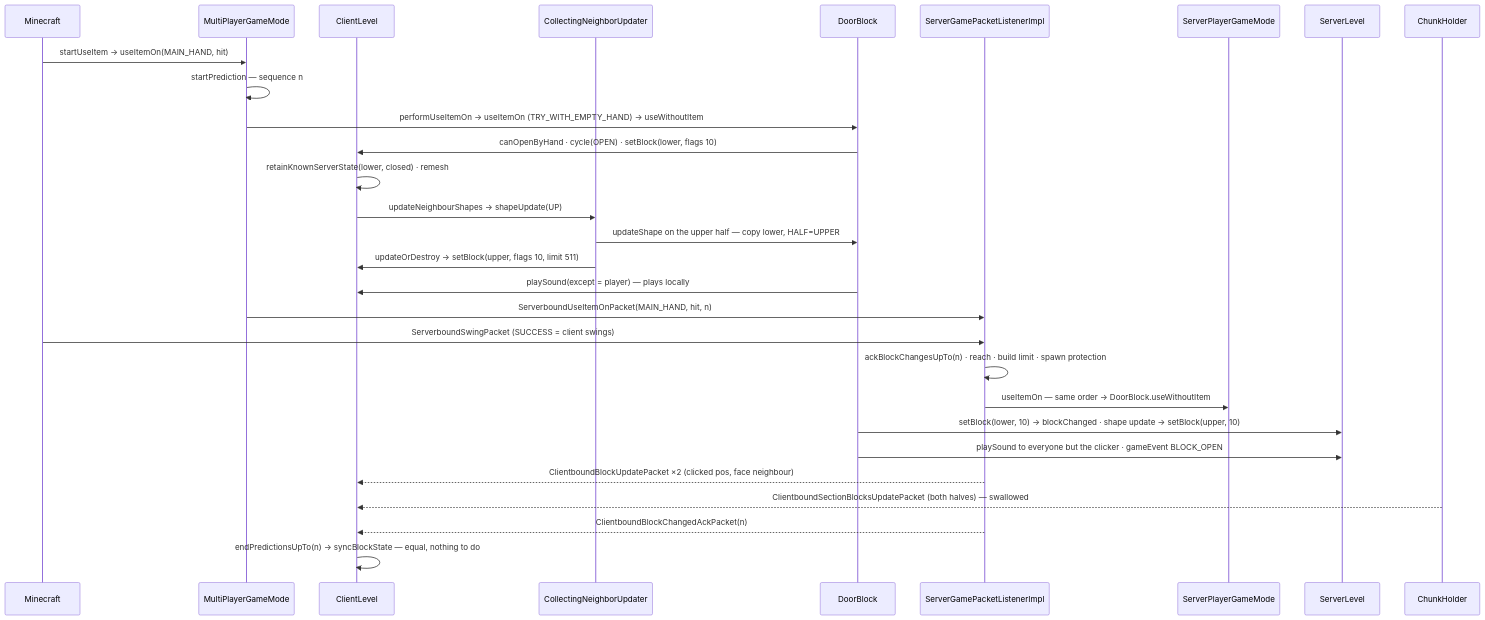
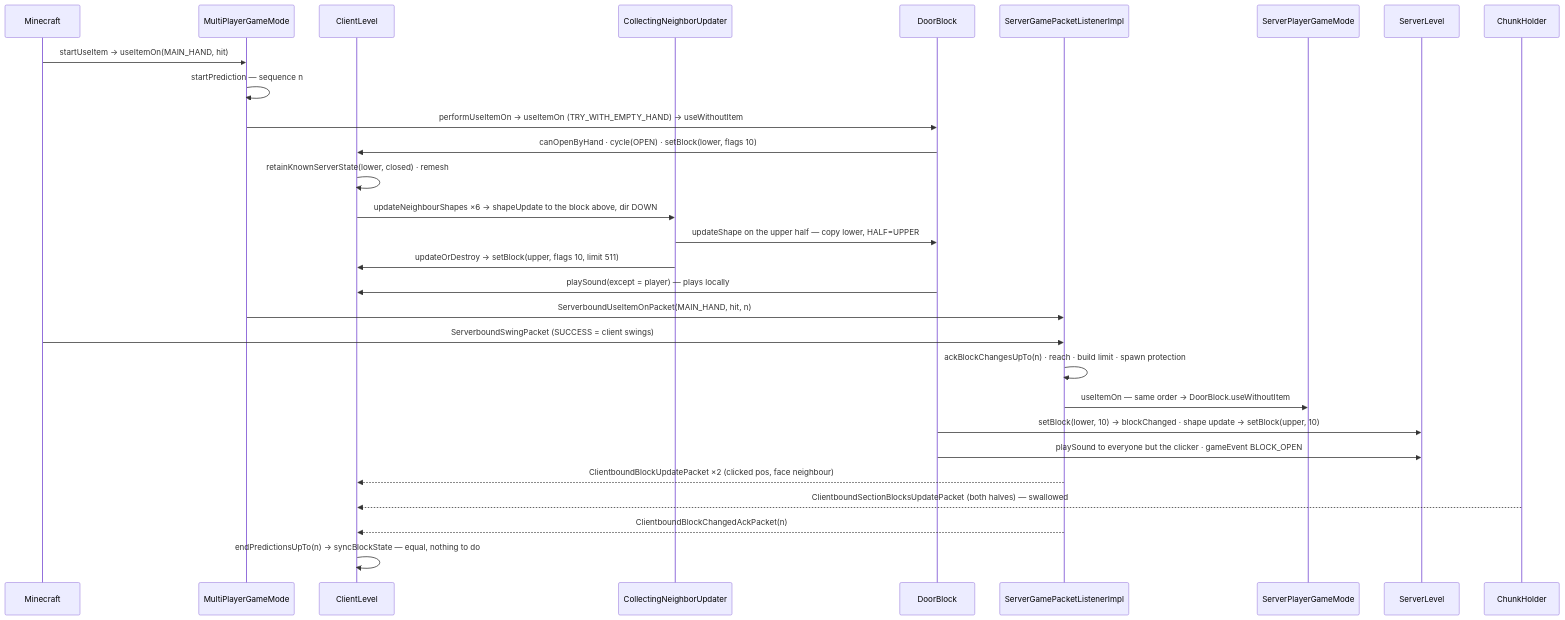
The diagram in src/systems/blocks/block-interaction.md (AlexanderjFraser/MinecraftDocs), drawn with Mermaid before and after one commit. The commit also changed other lines of this file and 8 other files, not shown here.

````diff
--- a/src/systems/blocks/block-interaction.md
+++ b/src/systems/blocks/block-interaction.md
@@ -117,32 +141,32 @@
 ```mermaid
 sequenceDiagram
     participant MC as Minecraft
     participant GM as MultiPlayerGameMode
     participant CL as ClientLevel
     participant NU as CollectingNeighborUpdater
     participant DB as DoorBlock
     participant SG as ServerGamePacketListenerImpl
     participant PG as ServerPlayerGameMode
     participant SL as ServerLevel
     participant CH as ChunkHolder
 
     MC->>GM: startUseItem → useItemOn(MAIN_HAND, hit)
     GM->>GM: startPrediction — sequence n
     GM->>DB: performUseItemOn → useItemOn (TRY_WITH_EMPTY_HAND) → useWithoutItem
     DB->>CL: canOpenByHand · cycle(OPEN) · setBlock(lower, flags 10)
     CL->>CL: retainKnownServerState(lower, closed) · remesh
-    CL->>NU: updateNeighbourShapes → shapeUpdate(UP)
+    CL->>NU: updateNeighbourShapes ×6 → shapeUpdate to the block above, dir DOWN
     NU->>DB: updateShape on the upper half — copy lower, HALF=UPPER
     NU->>CL: updateOrDestroy → setBlock(upper, flags 10, limit 511)
     DB->>CL: playSound(except = player) — plays locally
     GM->>SG: ServerboundUseItemOnPacket(MAIN_HAND, hit, n)
     MC->>SG: ServerboundSwingPacket (SUCCESS = client swings)
     SG->>SG: ackBlockChangesUpTo(n) · reach · build limit · spawn protection
     SG->>PG: useItemOn — same order → DoorBlock.useWithoutItem
     DB->>SL: setBlock(lower, 10) → blockChanged · shape update → setBlock(upper, 10)
     DB->>SL: playSound to everyone but the clicker · gameEvent BLOCK_OPEN
     SG-->>CL: ClientboundBlockUpdatePacket ×2 (clicked pos, face neighbour)
     CH-->>CL: ClientboundSectionBlocksUpdatePacket (both halves) — swallowed
     SG-->>CL: ClientboundBlockChangedAckPacket(n)
     CL->>CL: endPredictionsUpTo(n) → syncBlockState — equal, nothing to do
 ```
````
